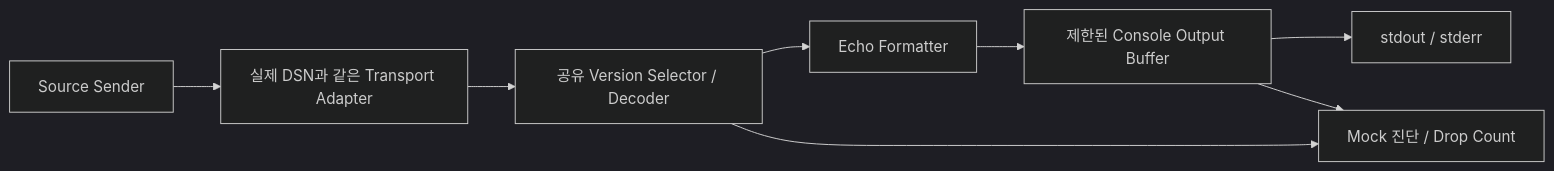
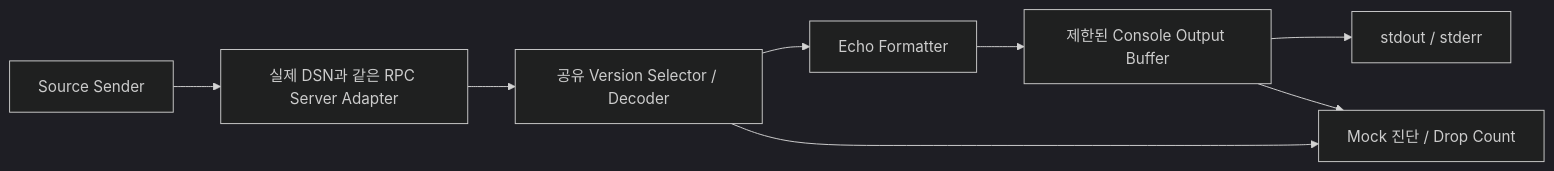
Before and after one commit to south-hive/project-dsn: the seventh of 7 diagrams in docs/arch/06-structural-views.md, drawn with Mermaid (dark theme). The commit also changed other lines of this file and 26 other files, not shown here.

````diff
--- a/docs/arch/06-structural-views.md
+++ b/docs/arch/06-structural-views.md
@@ -173,10 +164,10 @@
 ```mermaid
 flowchart LR
-    Source["Source Sender"] --> Transport["실제 DSN과 같은 Transport Adapter"]
+    Source["Source Sender"] --> Transport["실제 DSN과 같은 RPC Server Adapter"]
     Transport --> Decoder["공유 Version Selector / Decoder"]
     Decoder --> Echo["Echo Formatter"]
     Echo --> Output["제한된 Console Output Buffer"]
     Output --> Console["stdout / stderr"]
     Decoder --> Diag["Mock 진단 / Drop Count"]
     Output --> Diag
 ```
````
